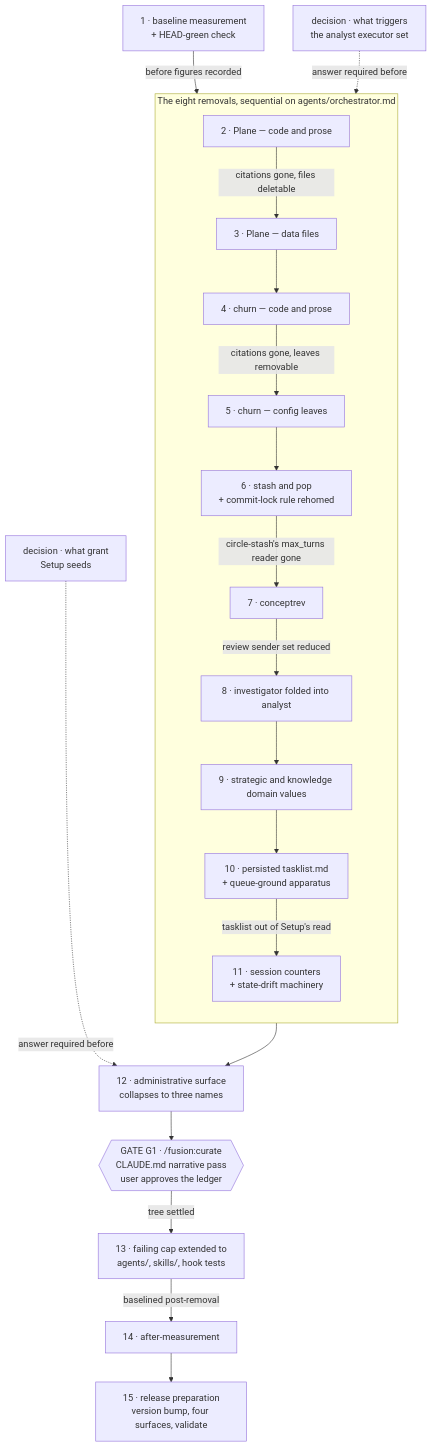
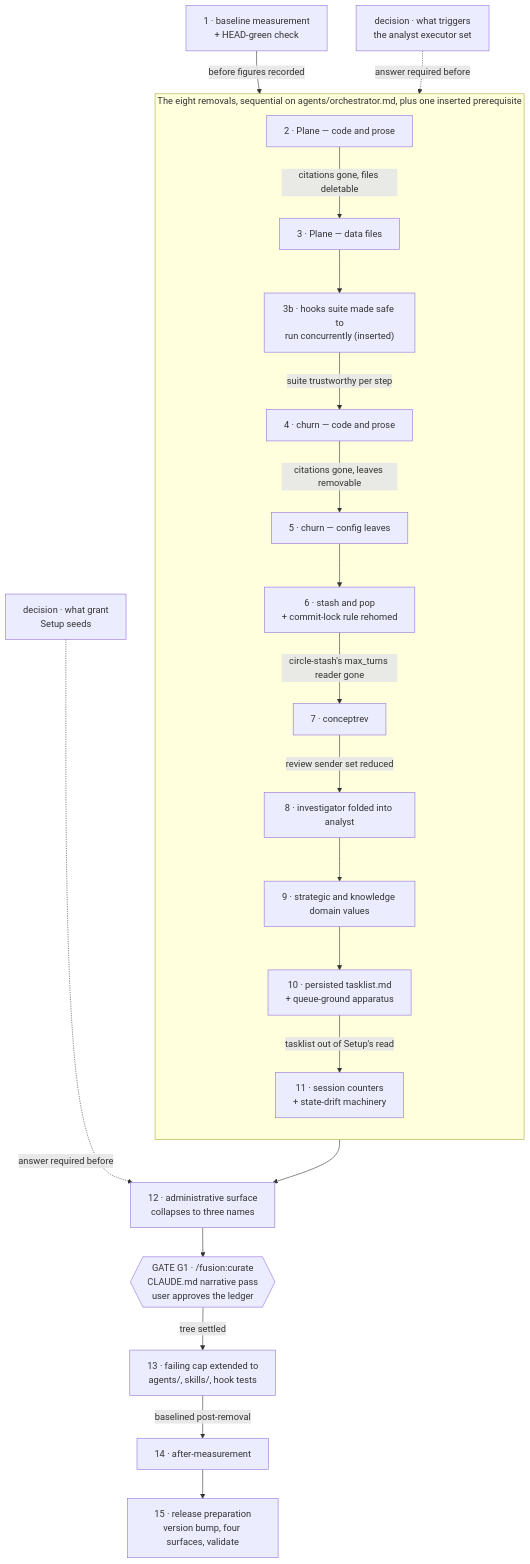
One commit to tenzoki/fusion changed the first of 2 diagrams in fusion-workbench/circles/260815-0007-remove-eight-mechanisms-and-cap-growth/planning/260815-0029_o_plan-remove-eight-mechanisms-and-cap-growth.md. Above: the diagram before and after it, drawn with Mermaid. The commit also changed other lines of this file and 5 other files, not shown here.

First line of the commit message:
docs(plan): the inserted step enters the plan, and step 11 learns what Turn 2 did to it

````diff
--- a/fusion-workbench/circles/260815-0007-remove-eight-mechanisms-and-cap-growth/planning/260815-0029_o_plan-remove-eight-mechanisms-and-cap-growth.md
+++ b/fusion-workbench/circles/260815-0007-remove-eight-mechanisms-and-cap-growth/planning/260815-0029_o_plan-remove-eight-mechanisms-and-cap-growth.md
@@ -63,48 +63,50 @@
 ```mermaid
 flowchart TD
   direction TB
 
   S1["1 · baseline measurement<br/>+ HEAD-green check"]
 
-  subgraph removals["The eight removals, sequential on agents/orchestrator.md"]
+  subgraph removals["The eight removals, sequential on agents/orchestrator.md, plus one inserted prerequisite"]
     direction TB
     S2["2 · Plane — code and prose"]
     S3["3 · Plane — data files"]
+    S3B["3b · hooks suite made safe to<br/>run concurrently (inserted)"]
     S4["4 · churn — code and prose"]
     S5["5 · churn — config leaves"]
     S6["6 · stash and pop<br/>+ commit-lock rule rehomed"]
     S7["7 · conceptrev"]
     S8["8 · investigator folded into analyst"]
     S9["9 · strategic and knowledge domain values"]
     S10["10 · persisted tasklist.md<br/>+ queue-ground apparatus"]
     S11["11 · session counters<br/>+ state-drift machinery"]
   end
 
   S12["12 · administrative surface<br/>collapses to three names"]
   G1{{"GATE G1 · /fusion:curate<br/>CLAUDE.md narrative pass<br/>user approves the ledger"}}
   S13["13 · failing cap extended to<br/>agents/, skills/, hook tests"]
   S14["14 · after-measurement"]
   S15["15 · release preparation<br/>version bump, four surfaces, validate"]
 
   D1["decision · what triggers<br/>the analyst executor set"]
   D2["decision · what grant<br/>Setup seeds"]
 
   S1 -->|"before figures recorded"| S2
   S2 -->|"citations gone, files deletable"| S3
-  S3 --> S4
+  S3 --> S3B
+  S3B -->|"suite trustworthy per step"| S4
   S4 -->|"citations gone, leaves removable"| S5
   S5 --> S6
   S6 -->|"circle-stash's max_turns reader gone"| S7
   S7 -->|"review sender set reduced"| S8
   S8 --> S9
   S9 --> S10
   S10 -->|"tasklist out of Setup's read"| S11
   S11 --> S12
   S12 --> G1
   G1 -->|"tree settled"| S13
   S13 -->|"baselined post-removal"| S14
   S14 --> S15
 
   D1 -.->|"answer required before"| S9
   D2 -.->|"answer required before"| S12
 ```
````
